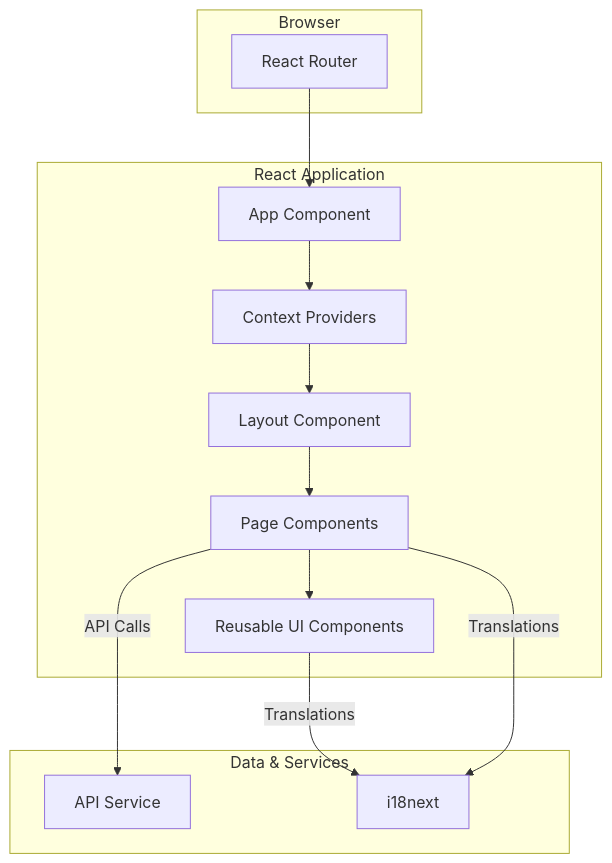
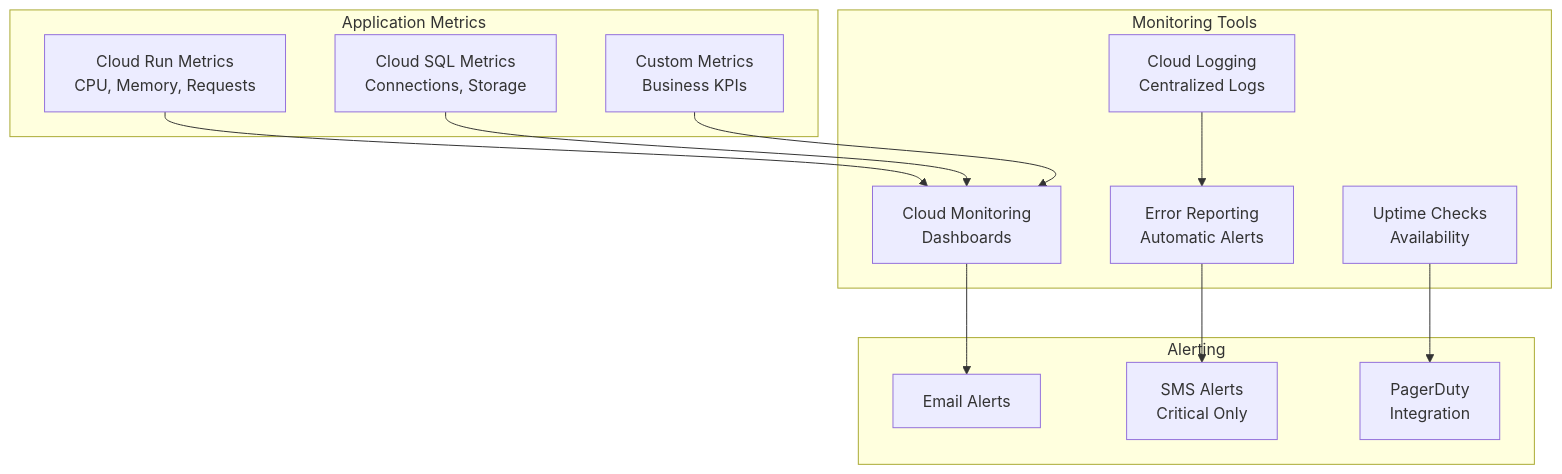
Before and after one commit to Bloom79/kronos-eam: the tenth of 12 diagrams in docs/architecture.md, drawn with Mermaid. The commit also changed other lines of this file and 22 other files, not shown here.

````diff
--- a/docs/architecture.md
+++ b/docs/architecture.md
@@ -11,28 +494,29 @@
 ```mermaid
-graph TD
-    subgraph "Browser"
-        A[React Router]
+graph TB
+    subgraph "Application Metrics"
+        A[Cloud Run Metrics<br/>CPU, Memory, Requests]
+        B[Cloud SQL Metrics<br/>Connections, Storage]
+        C[Custom Metrics<br/>Business KPIs]
     end
-
-    subgraph "React Application"
-        B[App Component]
-        C[Context Providers]
-        D[Layout Component]
-        E[Page Components]
-        F[Reusable UI Components]
+    
+    subgraph "Monitoring Tools"
+        D[Cloud Monitoring<br/>Dashboards]
+        E[Cloud Logging<br/>Centralized Logs]
+        F[Error Reporting<br/>Automatic Alerts]
+        G[Uptime Checks<br/>Availability]
     end
-
-    subgraph "Data & Services"
-        G[API Service]
-        H[i18next]
+    
+    subgraph "Alerting"
+        H[Email Alerts]
+        I[SMS Alerts<br/>Critical Only]
+        J[PagerDuty<br/>Integration]
     end
-
-    A --> B
-    B --> C
+    
+    A --> D
+    B --> D
     C --> D
-    D --> E
+    D --> H
     E --> F
-    E -- "API Calls" --> G
-    F -- "Translations" --> H
-    E -- "Translations" --> H
+    F --> I
+    G --> J
 ```
````
